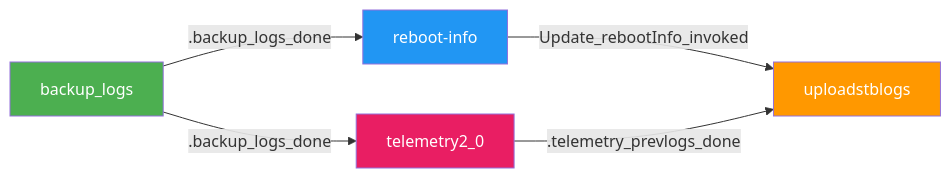
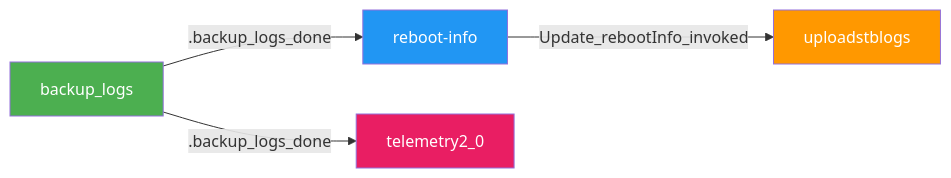
One commit to rdkcentral/dcm-agent changed the fifth of 5 diagrams in .github/slides.md. Above: the diagram before and after it, drawn with Mermaid. The commit also changed other lines of this file, not shown here.

````diff
--- a/.github/slides.md
+++ b/.github/slides.md
@@ -446,12 +421,11 @@
 ```mermaid
 graph LR
   BL[backup_logs] -->|.backup_logs_done| RM[reboot-info]
   BL -->|.backup_logs_done| T2[telemetry2_0]
   RM -->|Update_rebootInfo_invoked| UL[uploadstblogs]
-  T2 -->|.telemetry_prevlogs_done| UL
 
   style T2 fill:#E91E63,color:#fff
   style BL fill:#4CAF50,color:#fff
   style RM fill:#2196F3,color:#fff
   style UL fill:#FF9800,color:#fff
 ```
````
